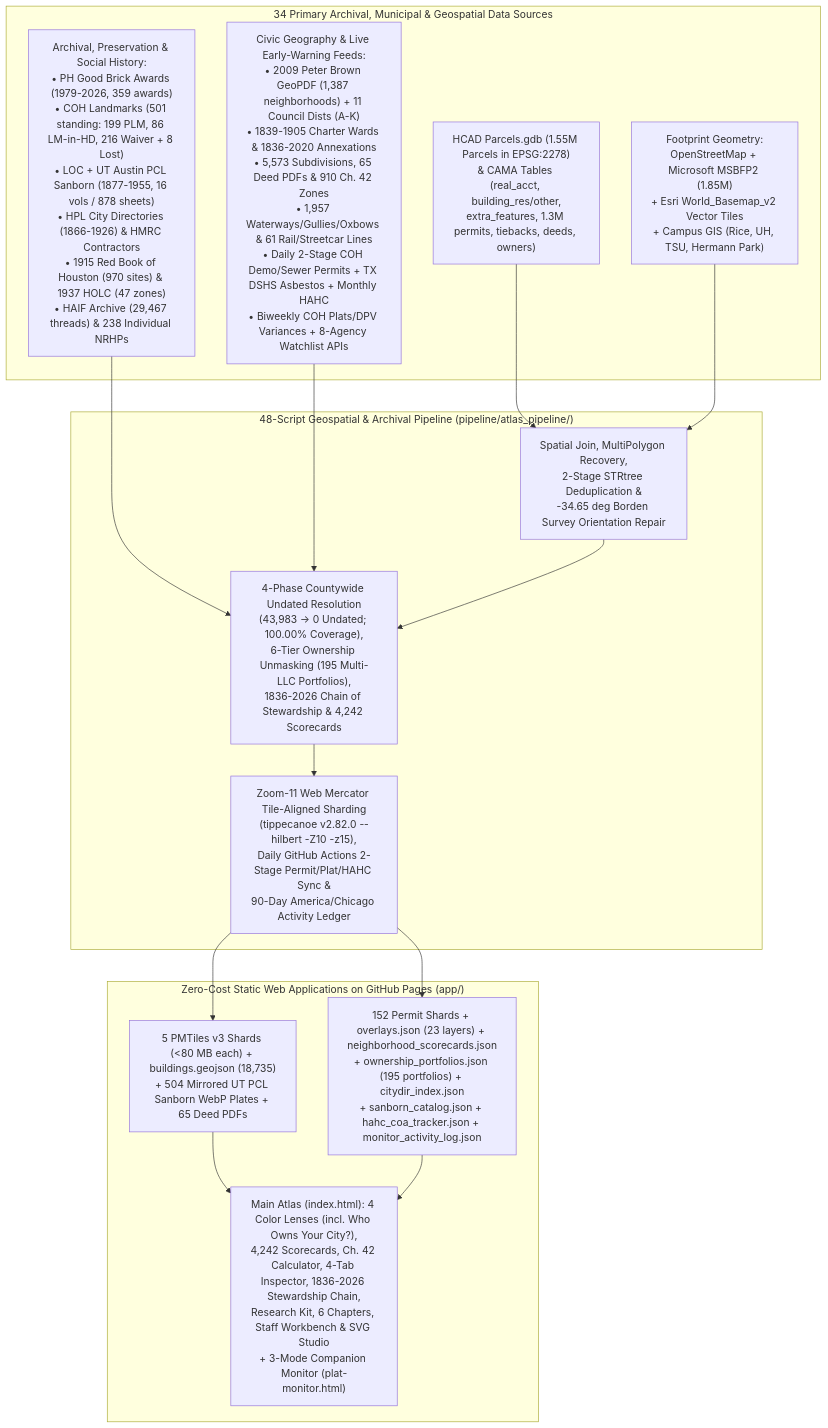
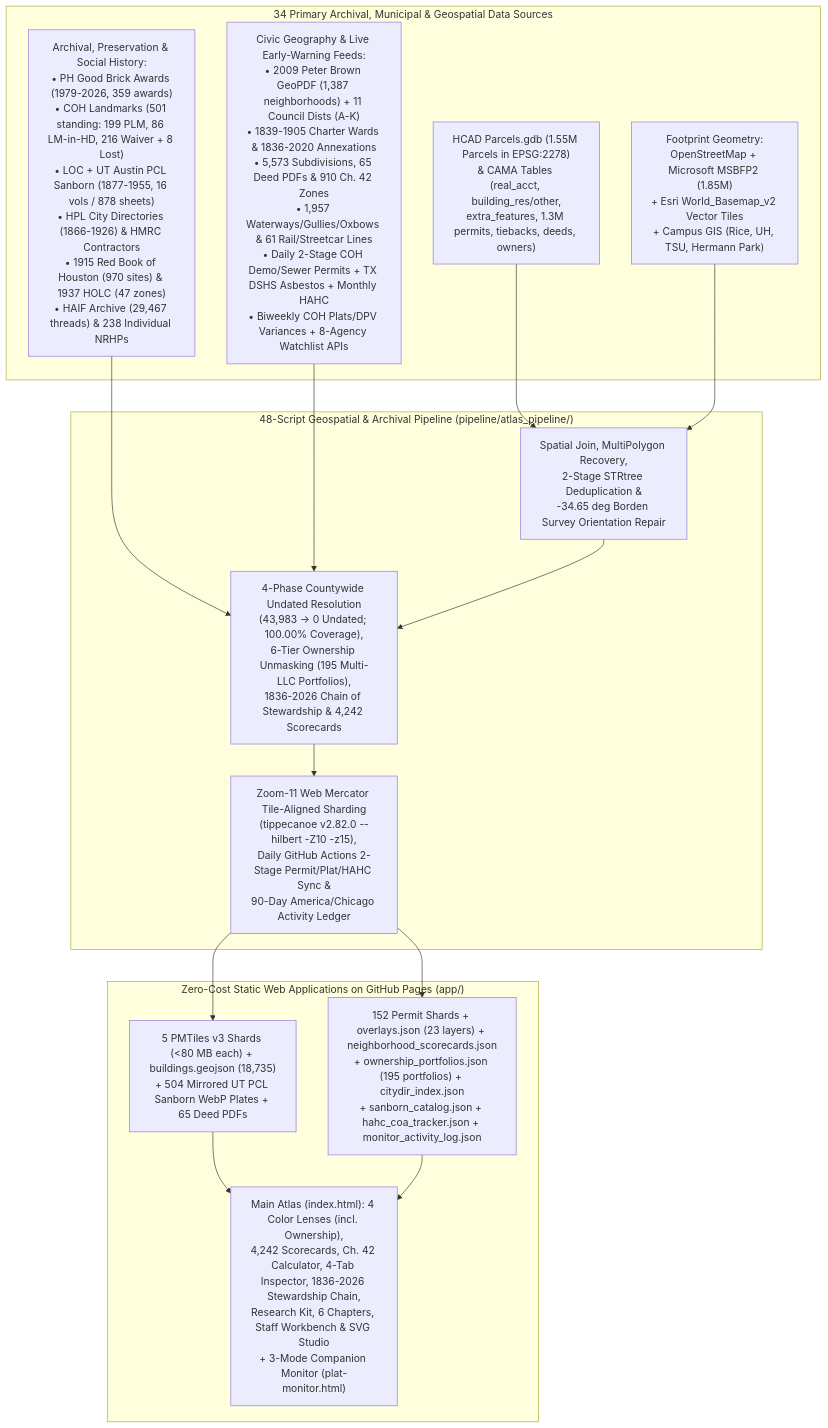
One commit to davemorris-gcp/houston-building-atlas changed the diagram in README.md. Above: the diagram before and after it, drawn with Mermaid. The commit also changed other lines of this file and 8 other files, not shown here.

Commit message:
UI & Docs: rename 'Who Owns Your City?' to 'Ownership' and use a balanced 2x2 Cartographic Lens pill grid

````diff
--- a/README.md
+++ b/README.md
@@ -19,26 +19,26 @@
 ```mermaid
 flowchart TD
     subgraph Sources["34 Primary Archival, Municipal & Geospatial Data Sources"]
         S1["HCAD Parcels.gdb (1.55M Parcels in EPSG:2278)\n& CAMA Tables (real_acct, building_res/other,\nextra_features, 1.3M permits, tiebacks, deeds, owners)"]
         S2["Footprint Geometry:\nOpenStreetMap + Microsoft MSBFP2 (1.85M)\n+ Esri World_Basemap_v2 Vector Tiles\n+ Campus GIS (Rice, UH, TSU, Hermann Park)"]
         S3["Archival, Preservation & Social History:\n• PH Good Brick Awards (1979-2026, 359 awards)\n• COH Landmarks (501 standing: 199 PLM, 86 LM-in-HD, 216 Waiver + 8 Lost)\n• LOC + UT Austin PCL Sanborn (1877-1955, 16 vols / 878 sheets)\n• HPL City Directories (1866-1926) & HMRC Contractors\n• 1915 Red Book of Houston (970 sites) & 1937 HOLC (47 zones)\n• HAIF Archive (29,467 threads) & 238 Individual NRHPs"]
         S4["Civic Geography & Live Early-Warning Feeds:\n• 2009 Peter Brown GeoPDF (1,387 neighborhoods) + 11 Council Dists (A-K)\n• 1839-1905 Charter Wards & 1836-2020 Annexations\n• 5,573 Subdivisions, 65 Deed PDFs & 910 Ch. 42 Zones\n• 1,957 Waterways/Gullies/Oxbows & 61 Rail/Streetcar Lines\n• Daily 2-Stage COH Demo/Sewer Permits + TX DSHS Asbestos + Monthly HAHC\n• Biweekly COH Plats/DPV Variances + 8-Agency Watchlist APIs"]
     end
 
     subgraph Pipeline["48-Script Geospatial & Archival Pipeline (pipeline/atlas_pipeline/)"]
         P1["Spatial Join, MultiPolygon Recovery,\n2-Stage STRtree Deduplication &\n-34.65 deg Borden Survey Orientation Repair"]
         P2["4-Phase Countywide Undated Resolution\n(43,983 -> 0 Undated; 100.00% Coverage),\n6-Tier Ownership Unmasking (195 Multi-LLC Portfolios),\n1836-2026 Chain of Stewardship & 4,242 Scorecards"]
         P3["Zoom-11 Web Mercator Tile-Aligned Sharding\n(tippecanoe v2.82.0 --hilbert -Z10 -z15),\nDaily GitHub Actions 2-Stage Permit/Plat/HAHC Sync &\n90-Day America/Chicago Activity Ledger"]
     end
 
     subgraph App["Zero-Cost Static Web Applications on GitHub Pages (app/)"]
         A1["5 PMTiles v3 Shards (<80 MB each) + buildings.geojson (18,735)\n+ 504 Mirrored UT PCL Sanborn WebP Plates + 65 Deed PDFs"]
         A2["152 Permit Shards + overlays.json (23 layers) + neighborhood_scorecards.json\n+ ownership_portfolios.json (195 portfolios) + citydir_index.json\n+ sanborn_catalog.json + hahc_coa_tracker.json + monitor_activity_log.json"]
-        A3["Main Atlas (index.html): 4 Color Lenses (incl. Who Owns Your City?),\n4,242 Scorecards, Ch. 42 Calculator, 4-Tab Inspector, 1836-2026 Stewardship Chain,\nResearch Kit, 6 Chapters, Staff Workbench & SVG Studio\n+ 3-Mode Companion Monitor (plat-monitor.html)"]
+        A3["Main Atlas (index.html): 4 Color Lenses (incl. Ownership),\n4,242 Scorecards, Ch. 42 Calculator, 4-Tab Inspector, 1836-2026 Stewardship Chain,\nResearch Kit, 6 Chapters, Staff Workbench & SVG Studio\n+ 3-Mode Companion Monitor (plat-monitor.html)"]
     end
 
     S1 & S2 --> P1
     S3 & S4 --> P2
     P1 --> P2 --> P3
     P3 --> A1 & A2 --> A3
 ```
````
